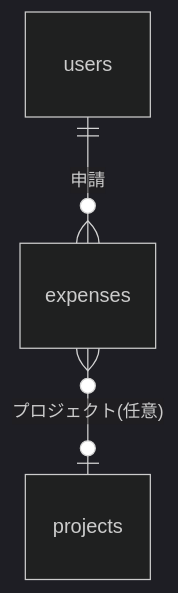
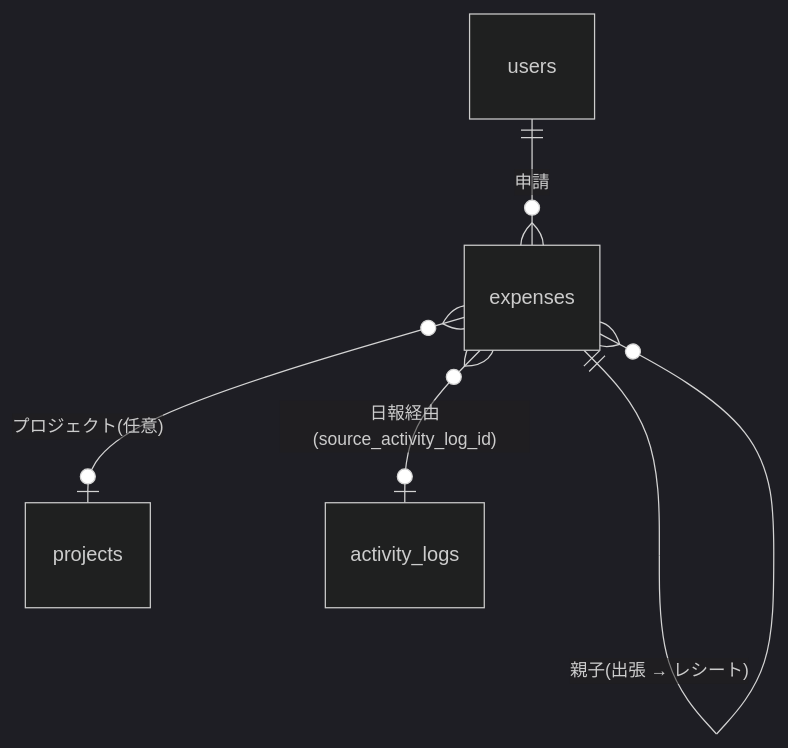
The fifth of 11 diagrams in docs/22_v5_data_model.md (masa-dev-2000/kyoryokutai_support), drawn with Mermaid (dark theme) before and after one commit. The commit also changed other lines of this file and 3 other files, not shown here.

````diff
--- a/docs/22_v5_data_model.md
+++ b/docs/22_v5_data_model.md
@@ -141,5 +141,7 @@
 ```mermaid
 erDiagram
   users ||--o{ expenses : "申請"
   expenses }o--o| projects : "プロジェクト(任意)"
+  expenses }o--o| activity_logs : "日報経由(source_activity_log_id)"
+  expenses ||--o{ expenses : "親子(出張 → レシート)"
 ```
````
